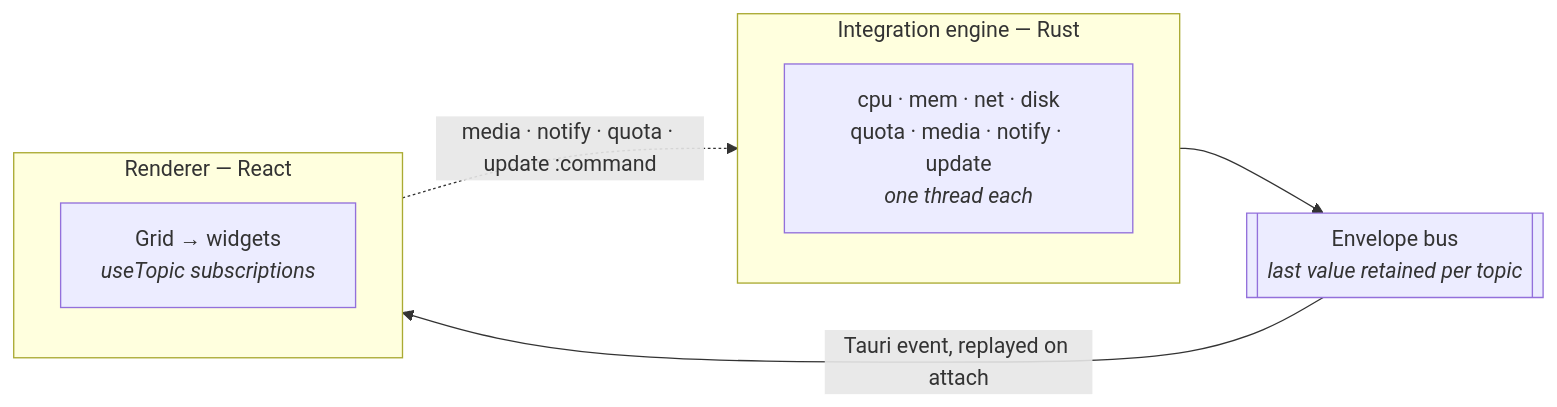
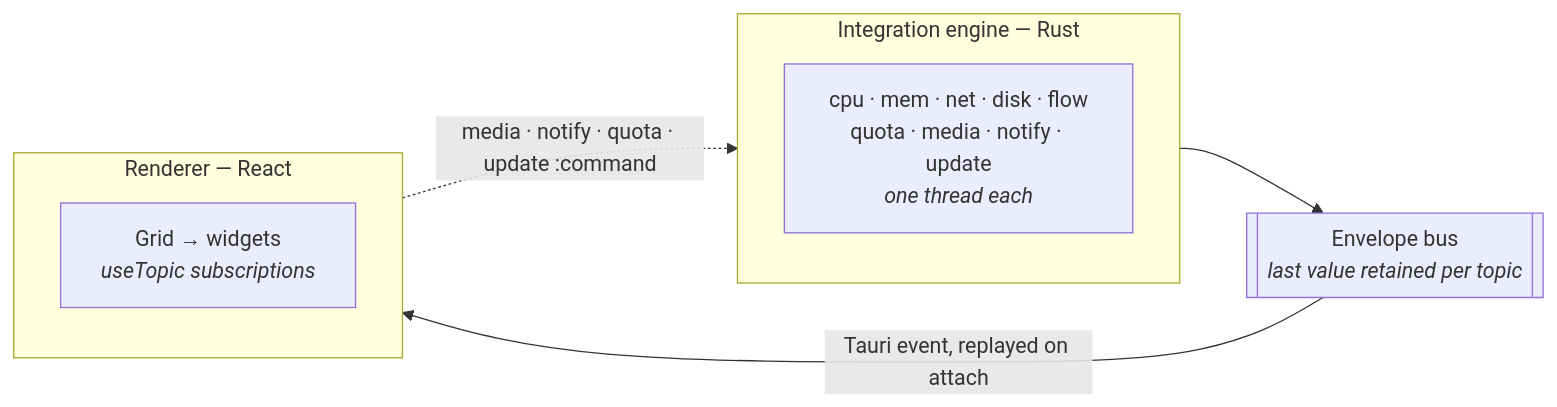
Before and after one commit to Purukitto/kehai: the diagram in README.md, drawn with Mermaid. The commit also changed other lines of this file and 15 other files, not shown here.

````diff
--- a/README.md
+++ b/README.md
@@ -204,18 +207,18 @@
 ```mermaid
 flowchart LR
     subgraph engine["Integration engine — Rust"]
         direction TB
-        P["cpu · mem · net · disk<br/>quota · media · notify · update<br/><i>one thread each</i>"]
+        P["cpu · mem · net · disk · flow<br/>quota · media · notify · update<br/><i>one thread each</i>"]
     end
 
     BUS[["Envelope bus<br/><i>last value retained per topic</i>"]]
 
     subgraph renderer["Renderer — React"]
         direction TB
         W["Grid → widgets<br/><i>useTopic subscriptions</i>"]
     end
 
     P --> BUS
     BUS -- "Tauri event, replayed on attach" --> W
     W -. "media · notify · quota · update :command" .-> P
 ```
````
